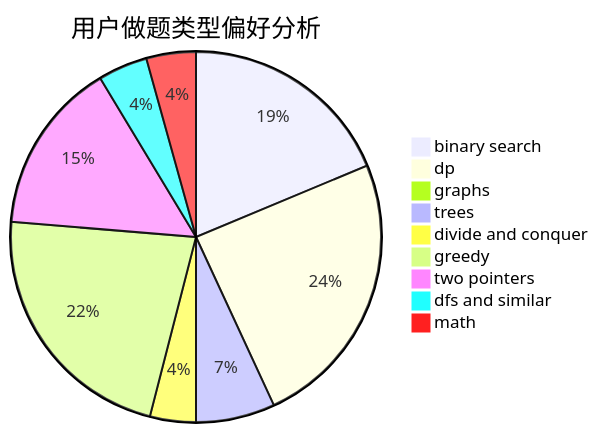
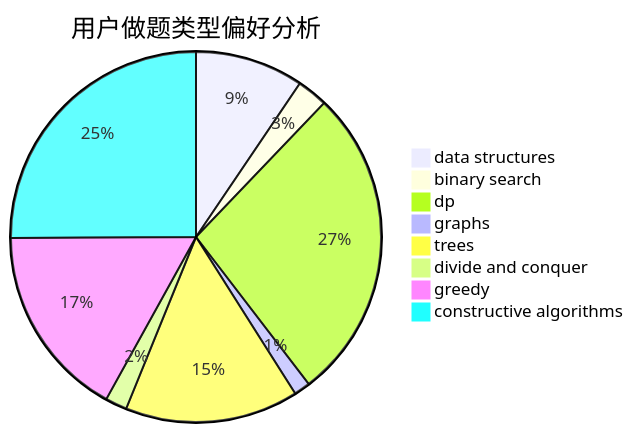
The second of 3 diagrams in docs/user/u1119.md (sherpahu/cfrs.github.io), drawn with Mermaid before and after one commit. The commit also changed other lines of this file and 2775 other files, not shown here.

````diff
--- a/docs/user/u1119.md
+++ b/docs/user/u1119.md
@@ -23,12 +23,11 @@
 ```mermaid
 pie title 用户做题类型偏好分析
-    "binary search" :  537
-    "dp" :  700
-    "graphs" :  21
-    "trees" :  198
-    "divide and conquer" :  115
-    "greedy" :  640
-    "two pointers" :  432
-    "dfs and similar" :  124
-    "math" :  124
+    "data structures" :  60
+    "binary search" :  17
+    "dp" :  174
+    "graphs" :  9
+    "trees" :  96
+    "divide and conquer" :  12
+    "greedy" :  107
+    "constructive algorithms" :  159
 ```
````
